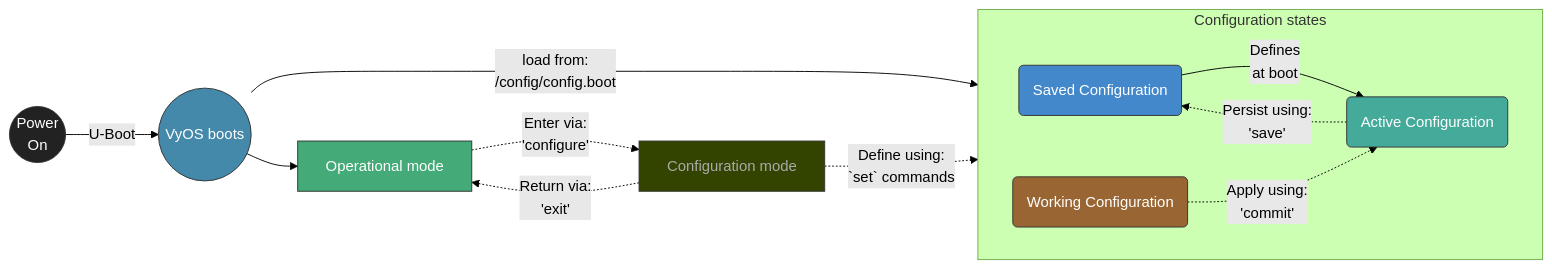
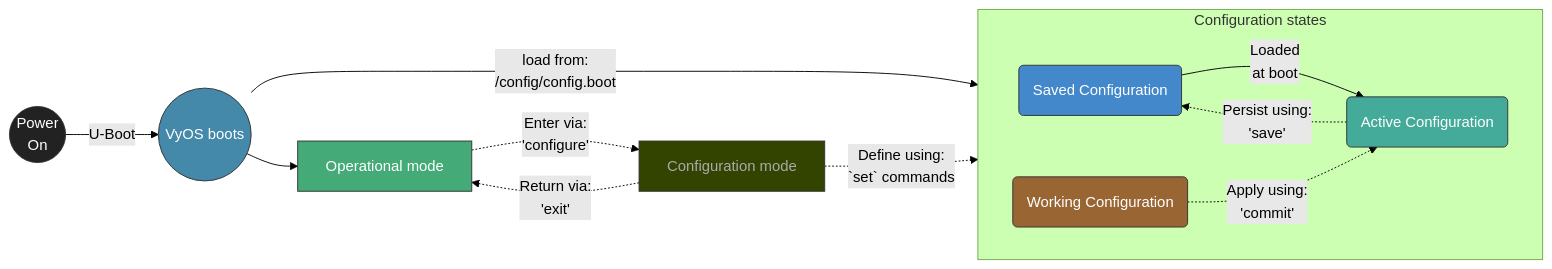
Before and after one commit to mihakralj/vyos-ls1046a-build: the diagram in VYOS-CONFIG.md, drawn with Mermaid (forest theme). The commit also changed other lines of this file, not shown here.

First line of the commit message:
Updates VYOS-CONFIG

````diff
--- a/VYOS-CONFIG.md
+++ b/VYOS-CONFIG.md
@@ -20,22 +23,21 @@
 ```mermaid
 flowchart LR
-    A((Power<br/>On)) -->|U-Boot| B((VyOS boots)) -->|load from:<br/>/config/config.boot| C -->|Defines<br/>at boot| G
+    A((Power<br/>On)) -->|U-Boot| B((VyOS boots)) -->|load from:<br/>/config/config.boot| C -->|Loaded<br/>at boot| G
     B --> D
     subgraph H ["Configuration states"]
       direction LR
       C(Saved Configuration)
       F(Working Configuration)
       G(Active Configuration)
     end
     
     D[Operational mode] -.->|Enter via:<br/>'configure'| E[Configuration mode] -.->|Define using:<br/>`set` commands| F -.->|Apply using:<br/>'commit'| G -.->|Persist using:<br/>'save'| C
     E -.->|Return via:<br/>'exit'| D
     style A fill:#222,stroke:#333,color:#fff
     style B fill:#48a,stroke:#333,color:#fff
     style C fill:#48c,stroke:#333,color:#fff
     style D fill:#4a7,stroke:#333,color:#fff
     style E fill:#340,stroke:#333,color:#aaa
     style F fill:#963,stroke:#333,color:#fff
-    style G fill:#4a9,stroke:#333,color:#fff
- 
+    style G fill:#4a9,stroke:#333,color:#fff 
 ```
````
